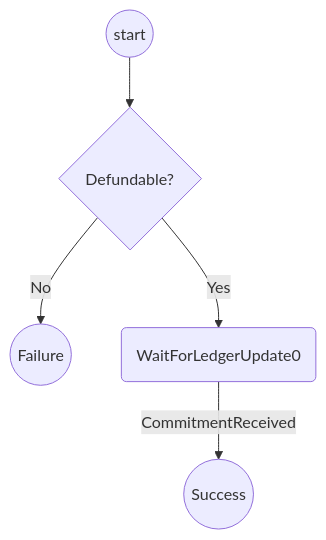
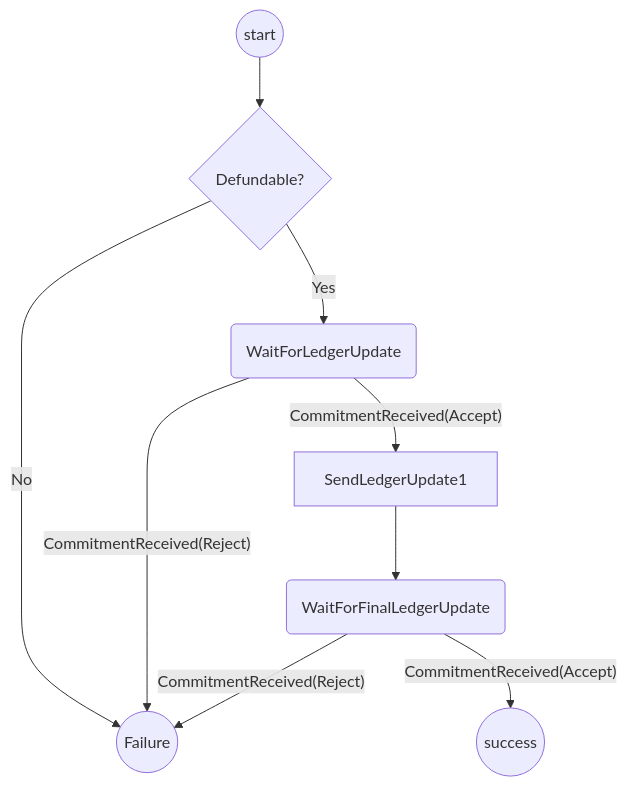
The second of 2 diagrams in packages/wallet/packages/wallet/src/redux/protocols/indirect-defunding/readme.md (statechannels/statechannels), drawn with Mermaid before and after one commit. The commit also changed other lines of this file and 11 other files, not shown here.

````diff
--- a/packages/wallet/packages/wallet/src/redux/protocols/indirect-defunding/readme.md
+++ b/packages/wallet/packages/wallet/src/redux/protocols/indirect-defunding/readme.md
@@ -26,7 +28,12 @@
 ```mermaid
 graph TD
   St((start))-->DF{Defundable?}
   DF --> |No| F((Failure))
-  DF --> |Yes| WFU(WaitForLedgerUpdate0)
-  WFU --> |CommitmentReceived| Su((Success))
+  DF --> |Yes| WFU(WaitForLedgerUpdate)
+  WFU-->|"CommitmentReceived(Accept)"|SC1[SendLedgerUpdate1]
+  WFU --> |"CommitmentReceived(Reject)"| F
+  SC1-->WFFU(WaitForFinalLedgerUpdate)
+  WFFU-->|"CommitmentReceived(Accept)"|S((success))
+  WFFU-->|"CommitmentReceived(Reject)"|F
+
 ```
````
